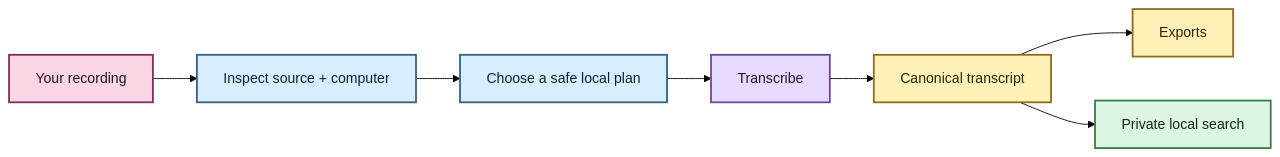
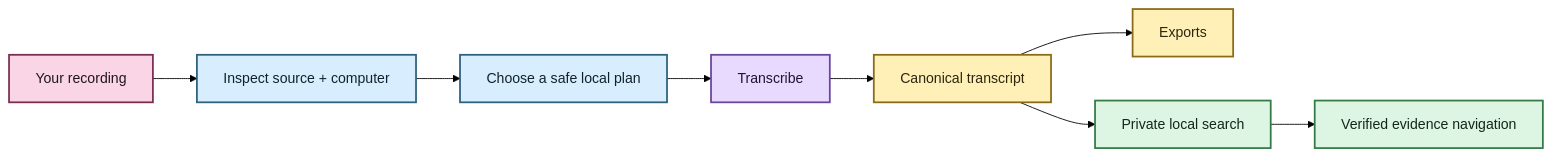
One commit to SSD1805/EchoFlow changed the first of 2 diagrams in docs/getting-started.md. Above: the diagram before and after it, drawn with Mermaid (forest theme). The commit also changed other lines of this file, not shown here.

Commit message:
Refresh getting started for speaker and evidence navigation

````diff
--- a/docs/getting-started.md
+++ b/docs/getting-started.md
@@ -19,21 +19,22 @@
 ```mermaid
 flowchart LR
     A[Your recording] --> B[Inspect source + computer]
     B --> C[Choose a safe local plan]
     C --> D[Transcribe]
     D --> E[Canonical transcript]
     E --> F[Exports]
     E --> G[Private local search]
+    G --> H[Verified evidence navigation]
 
     classDef evidence fill:#F9D5E5,stroke:#7B2E52,stroke-width:2px,color:#22151B
     classDef compute fill:#D8EEFF,stroke:#2E617B,stroke-width:2px,color:#12222A
     classDef process fill:#E8D9FF,stroke:#68469B,stroke-width:2px,color:#1F1630
     classDef publish fill:#FFF0B8,stroke:#8A6B18,stroke-width:2px,color:#2C260F
     classDef result fill:#DDF5E3,stroke:#347A46,stroke-width:2px,color:#142719
 
     class A evidence
     class B,C compute
     class D process
     class E,F publish
-    class G result
+    class G,H result
 ```
````
